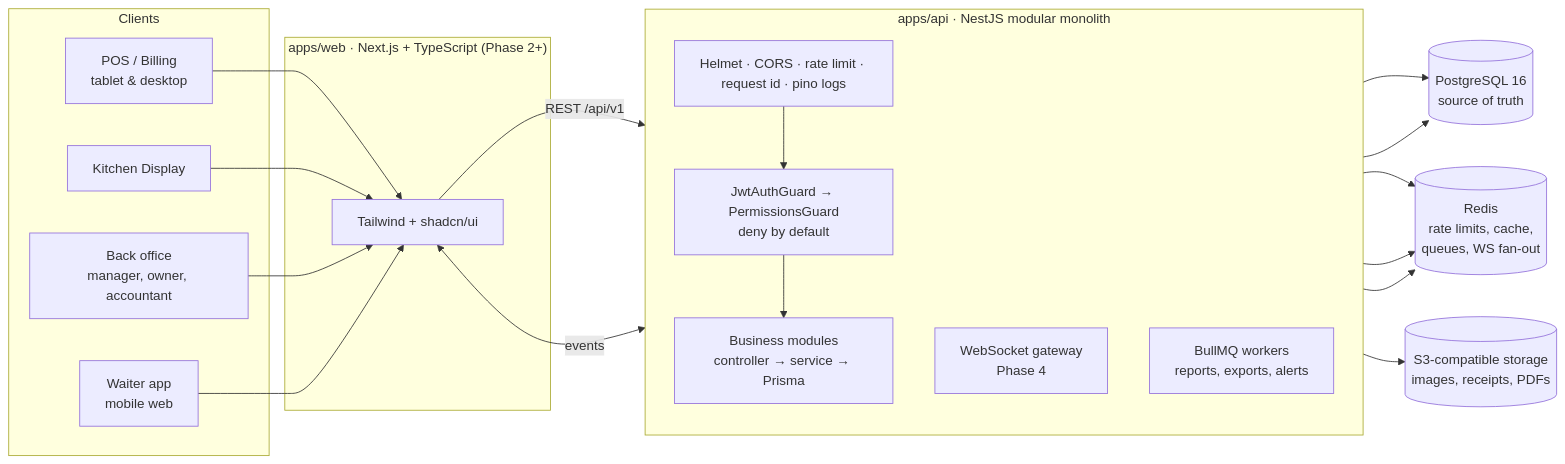
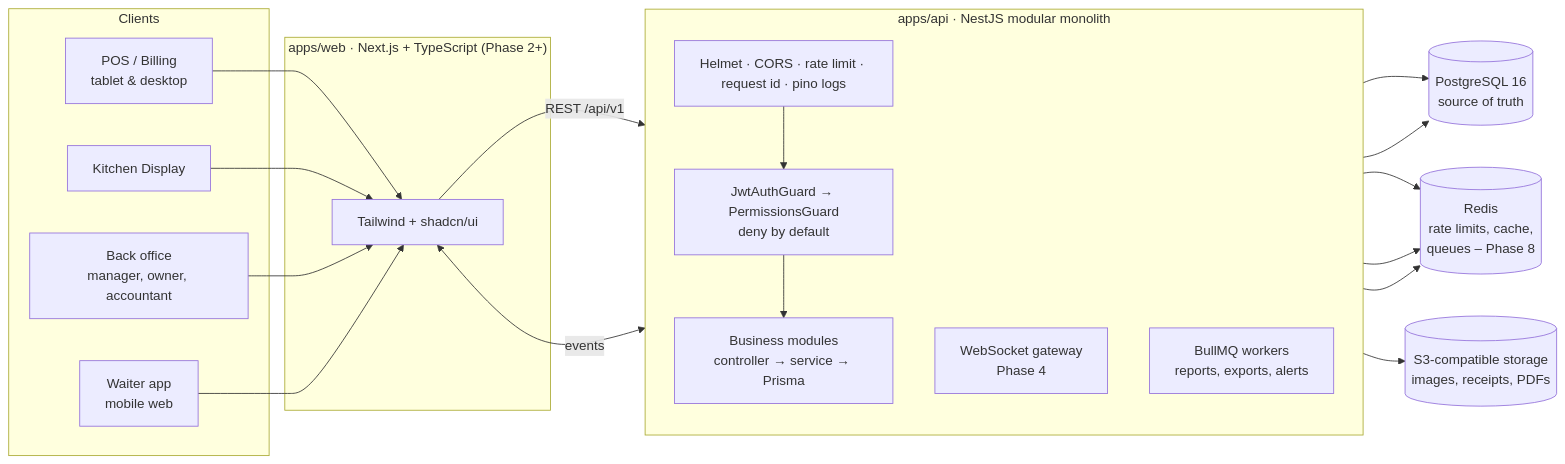
The first of 3 diagrams in docs/architecture.md (izhaan2166/restraunt-erp), drawn with Mermaid before and after one commit. The commit also changed other lines of this file and 36 other files, not shown here.

````diff
--- a/docs/architecture.md
+++ b/docs/architecture.md
@@ -13,36 +13,36 @@
 ```mermaid
 flowchart LR
   subgraph Clients
     POS[POS / Billing<br/>tablet & desktop]
     KDS[Kitchen Display]
     MGR[Back office<br/>manager, owner, accountant]
     WTR[Waiter app<br/>mobile web]
   end
 
   subgraph Web["apps/web · Next.js + TypeScript (Phase 2+)"]
     UI[Tailwind + shadcn/ui]
   end
 
   subgraph API["apps/api · NestJS modular monolith"]
     direction TB
     MW[Helmet · CORS · rate limit · request id · pino logs]
     G[JwtAuthGuard → PermissionsGuard<br/>deny by default]
     MODS[Business modules<br/>controller → service → Prisma]
     WS[WebSocket gateway<br/>Phase 4]
     JOBS[BullMQ workers<br/>reports, exports, alerts]
   end
 
   PG[(PostgreSQL 16<br/>source of truth)]
-  RD[(Redis<br/>rate limits, cache,<br/>queues, WS fan-out)]
+  RD[(Redis<br/>rate limits, cache,<br/>queues – Phase 8)]
   S3[(S3-compatible storage<br/>images, receipts, PDFs)]
 
   POS & KDS & MGR & WTR --> UI
   UI -- REST /api/v1 --> MW --> G --> MODS
   UI <-- events --> WS
   MODS --> PG
   MODS --> RD
   JOBS --> PG
   JOBS --> RD
   MODS --> S3
   WS --> RD
 ```
````
